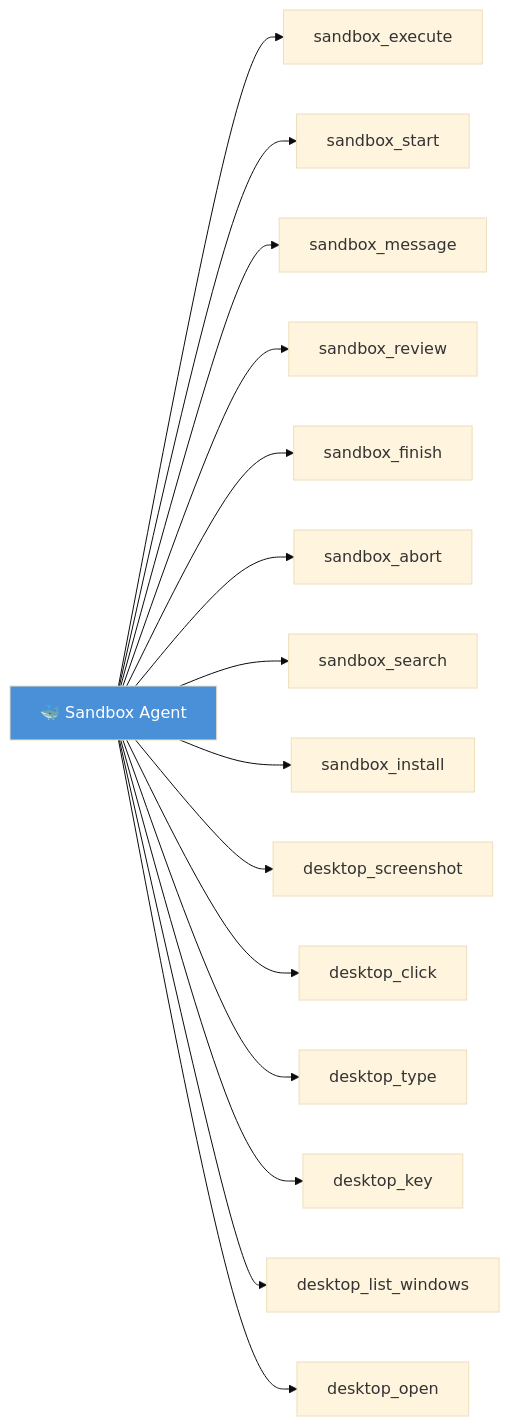
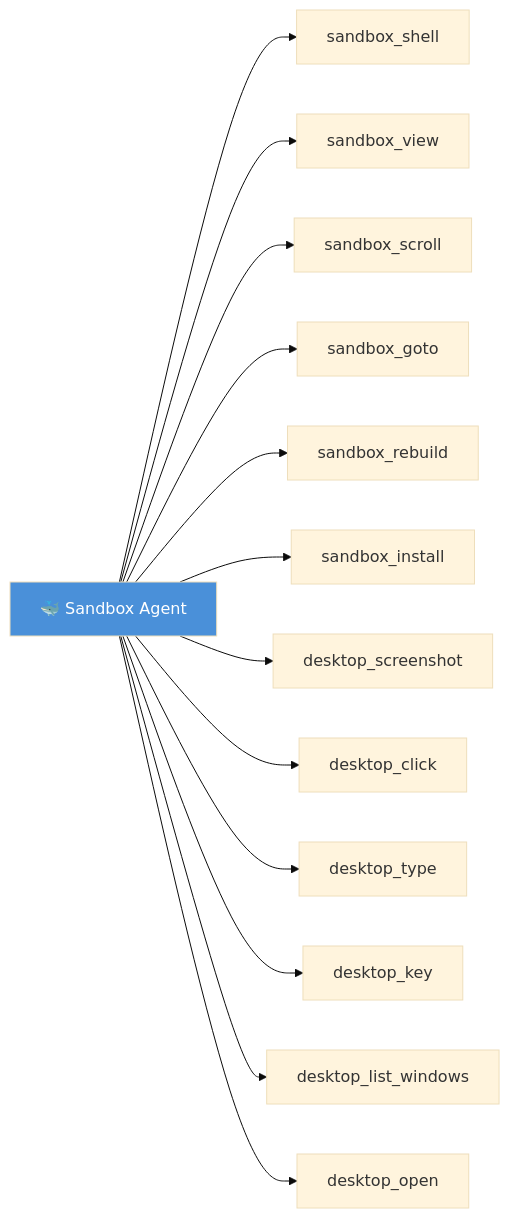
Before and after one commit to praxagent/prax: the third of 9 diagrams in docs/architecture/hub-and-spoke.md, drawn with Mermaid (base theme). The commit also changed other lines of this file and 17 other files, not shown here.

````diff
--- a/docs/architecture/hub-and-spoke.md
+++ b/docs/architecture/hub-and-spoke.md
@@ -104,18 +114,16 @@
 ```mermaid
 graph LR
-    Sandbox["🐳 Sandbox Agent"] --> exec["sandbox_execute"]
-    Sandbox --> start["sandbox_start"]
-    Sandbox --> msg["sandbox_message"]
-    Sandbox --> review["sandbox_review"]
-    Sandbox --> finish["sandbox_finish"]
-    Sandbox --> abort["sandbox_abort"]
-    Sandbox --> search["sandbox_search"]
+    Sandbox["🐳 Sandbox Agent"] --> shell["sandbox_shell"]
+    Sandbox --> view["sandbox_view"]
+    Sandbox --> scroll["sandbox_scroll"]
+    Sandbox --> goto["sandbox_goto"]
+    Sandbox --> rebuild["sandbox_rebuild"]
     Sandbox --> install["sandbox_install"]
     Sandbox --> dshot["desktop_screenshot"]
     Sandbox --> dclick["desktop_click"]
     Sandbox --> dtype["desktop_type"]
     Sandbox --> dkey["desktop_key"]
     Sandbox --> dwin["desktop_list_windows"]
     Sandbox --> dopen["desktop_open"]
     style Sandbox fill:#4A90D9,color:#fff
 ```
````
